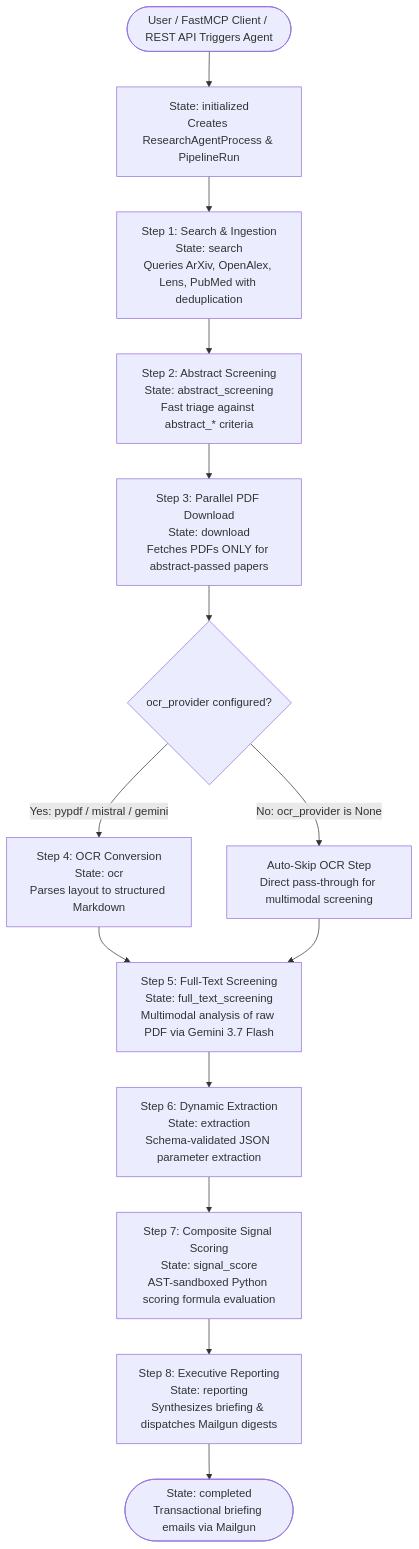
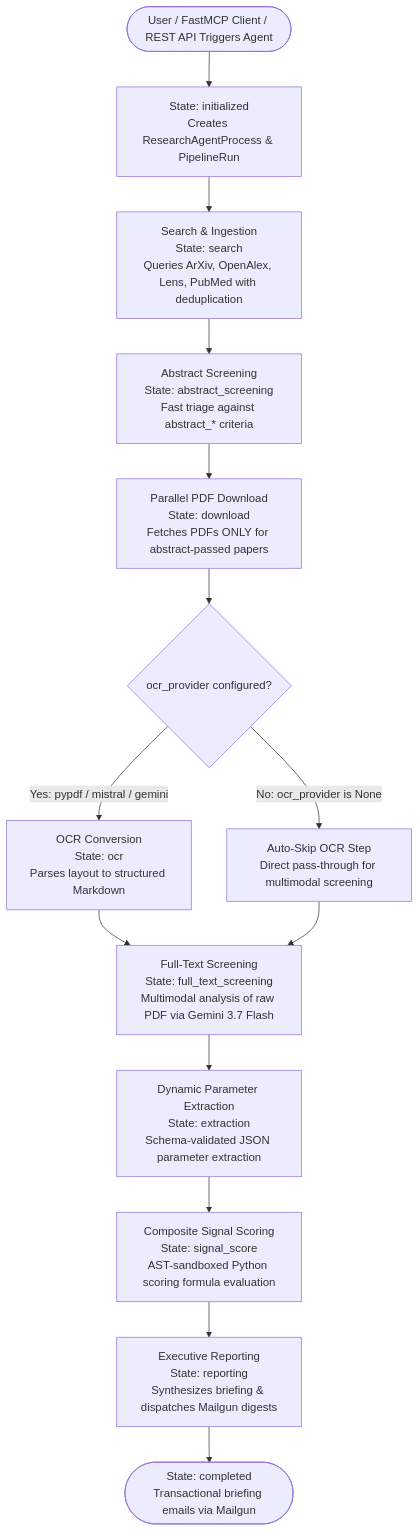
One commit to p4ku/research-intelligence changed the diagram in backend/README.md. Above: the diagram before and after it, drawn with Mermaid. The commit also changed other lines of this file and 25 other files, not shown here.

````diff
--- a/backend/README.md
+++ b/backend/README.md
@@ -55,26 +56,26 @@
 ```mermaid
 graph TD
     Start([User / FastMCP Client / REST API Triggers Agent]) --> Initialized[State: initialized<br/>Creates ResearchAgentProcess & PipelineRun]
     
-    Initialized --> SearchStep[Step 1: Search & Ingestion<br/>State: search<br/>Queries ArXiv, OpenAlex, Lens, PubMed with deduplication]
+    Initialized --> SearchStep[Search & Ingestion<br/>State: search<br/>Queries ArXiv, OpenAlex, Lens, PubMed with deduplication]
     
-    SearchStep --> AbstractScreening[Step 2: Abstract Screening<br/>State: abstract_screening<br/>Fast triage against abstract_* criteria]
+    SearchStep --> AbstractScreening[Abstract Screening<br/>State: abstract_screening<br/>Fast triage against abstract_* criteria]
     
-    AbstractScreening --> DownloadStep[Step 3: Parallel PDF Download<br/>State: download<br/>Fetches PDFs ONLY for abstract-passed papers]
+    AbstractScreening --> DownloadStep[Parallel PDF Download<br/>State: download<br/>Fetches PDFs ONLY for abstract-passed papers]
     
     DownloadStep --> OCRCheck{ocr_provider configured?}
     
-    OCRCheck -->|Yes: pypdf / mistral / gemini| OCRStep[Step 4: OCR Conversion<br/>State: ocr<br/>Parses layout to structured Markdown]
+    OCRCheck -->|Yes: pypdf / mistral / gemini| OCRStep[OCR Conversion<br/>State: ocr<br/>Parses layout to structured Markdown]
     OCRCheck -->|No: ocr_provider is None| SkipOCR[Auto-Skip OCR Step<br/>Direct pass-through for multimodal screening]
     
-    OCRStep --> FullTextScreening[Step 5: Full-Text Screening<br/>State: full_text_screening<br/>Multimodal analysis of raw PDF via Gemini 3.7 Flash]
+    OCRStep --> FullTextScreening[Full-Text Screening<br/>State: full_text_screening<br/>Multimodal analysis of raw PDF via Gemini 3.7 Flash]
     SkipOCR --> FullTextScreening
     
-    FullTextScreening --> ExtractionStep[Step 6: Dynamic Extraction<br/>State: extraction<br/>Schema-validated JSON parameter extraction]
+    FullTextScreening --> ExtractionStep[Dynamic Parameter Extraction<br/>State: extraction<br/>Schema-validated JSON parameter extraction]
     
-    ExtractionStep --> SignalScoreStep[Step 7: Composite Signal Scoring<br/>State: signal_score<br/>AST-sandboxed Python scoring formula evaluation]
+    ExtractionStep --> SignalScoreStep[Composite Signal Scoring<br/>State: signal_score<br/>AST-sandboxed Python scoring formula evaluation]
     
-    SignalScoreStep --> ReportingStep[Step 8: Executive Reporting<br/>State: reporting<br/>Synthesizes briefing & dispatches Mailgun digests]
+    SignalScoreStep --> ReportingStep[Executive Reporting<br/>State: reporting<br/>Synthesizes briefing & dispatches Mailgun digests]
     
     ReportingStep --> Completed([State: completed<br/>Transactional briefing emails via Mailgun])
 ```
````
